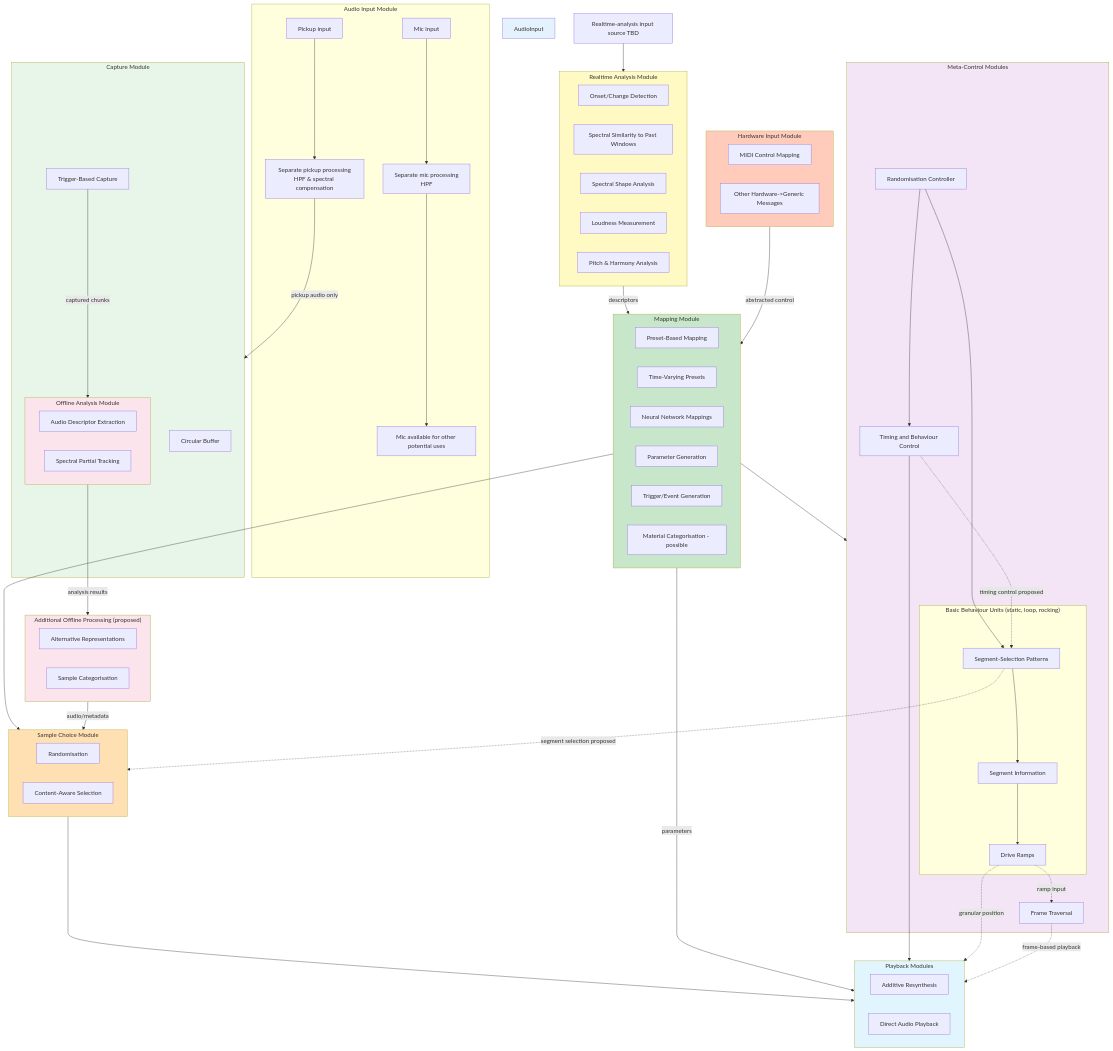
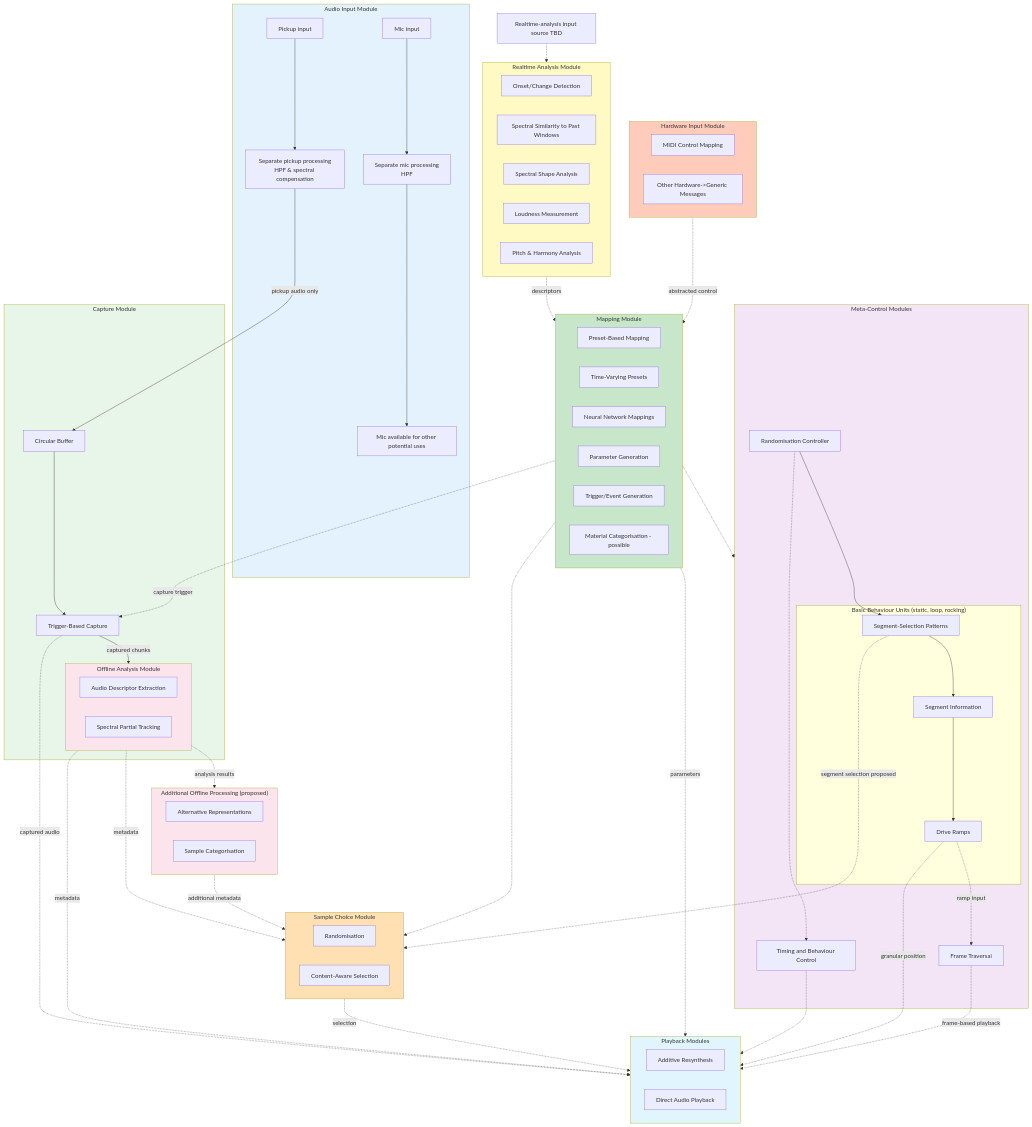
The first of 4 diagrams in System Architecture.md (AlexHarker/wintersleep), drawn with Mermaid before and after one commit. The commit also changed other lines of this file and 1 other file, not shown here.

```diff
--- a/System Architecture.md
+++ b/System Architecture.md
@@ -32,6 +34,7 @@
             DeriveDescriptors[Audio Descriptor Extraction]
             PartialTracks[Spectral Partial Tracking]
         end
+        CircularBuffer --> TriggerCapture
         TriggerCapture -->|captured chunks| Offline_Analysis
     end
     
@@ -77,29 +80,32 @@
         MaterialCategorisation[Material Categorisation - possible]
     end
     
-    PickupProcessing -->|pickup audio only| Capture
-    AnalysisInput --> Realtime_Analysis
-    
-    Realtime_Analysis -->|descriptors| Mapping
-    Offline_Analysis -->|analysis results| Offline_Processing
-    Mapping --> Sample_Choice
-    Offline_Processing -->|audio/metadata| Sample_Choice
-    
-    Sample_Choice --> Playback
-    Mapping --> Control
-    Mapping -->|parameters| Playback
-    Input_Hardware -->|abstracted control| Mapping
-    
-    Randomisation --> Timing
-    Timing --> Playback
+    PickupProcessing -->|pickup audio only| CircularBuffer
+    AnalysisInput -.-> Realtime_Analysis
+
+    Realtime_Analysis -.->|descriptors| Mapping
+    Mapping -.->|capture trigger| TriggerCapture
+    Offline_Analysis -.->|analysis results| Offline_Processing
+    Offline_Analysis -.->|metadata| Sample_Choice
+    Offline_Processing -.->|additional metadata| Sample_Choice
+    Mapping -.-> Sample_Choice
+
+    TriggerCapture -.->|captured audio| Playback
+    Offline_Analysis -.->|metadata| Playback
+    Sample_Choice -.->|selection| Playback
+    Mapping -.-> Control
+    Mapping -.->|parameters| Playback
+    Input_Hardware -.->|abstracted control| Mapping
+
+    Randomisation -.-> Timing
+    Timing -.-> Playback
     Randomisation --> BehaviourPatterns
-    Timing -.->|timing control proposed| BehaviourPatterns
     BehaviourPatterns -.->|segment selection proposed| Sample_Choice
     DriveRamps -.->|ramp input| FrameTraversal
     DriveRamps -.->|granular position| Playback
     FrameTraversal -.->|frame-based playback| Playback
     
-    style AudioInput fill:#e3f2fd
+    style Audio_Input fill:#e3f2fd
     style Realtime_Analysis fill:#fff9c4
     style Capture fill:#e8f5e9
     style Offline_Analysis fill:#fce4ec
```
